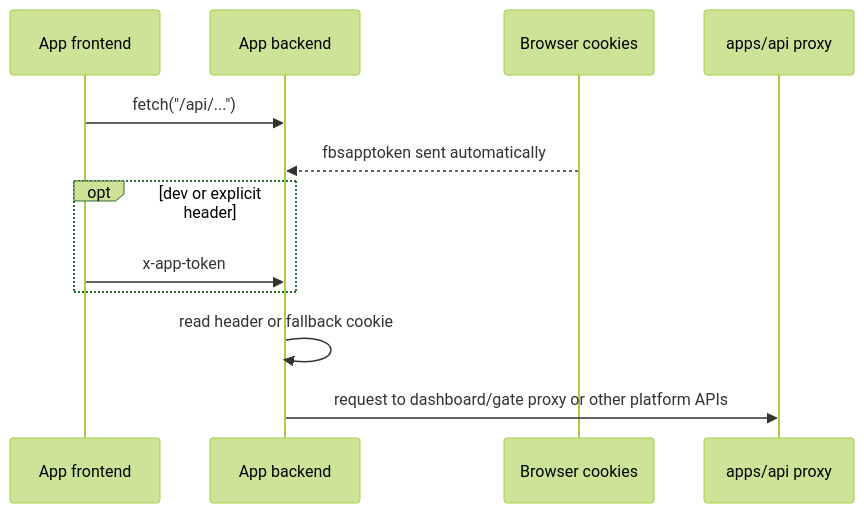
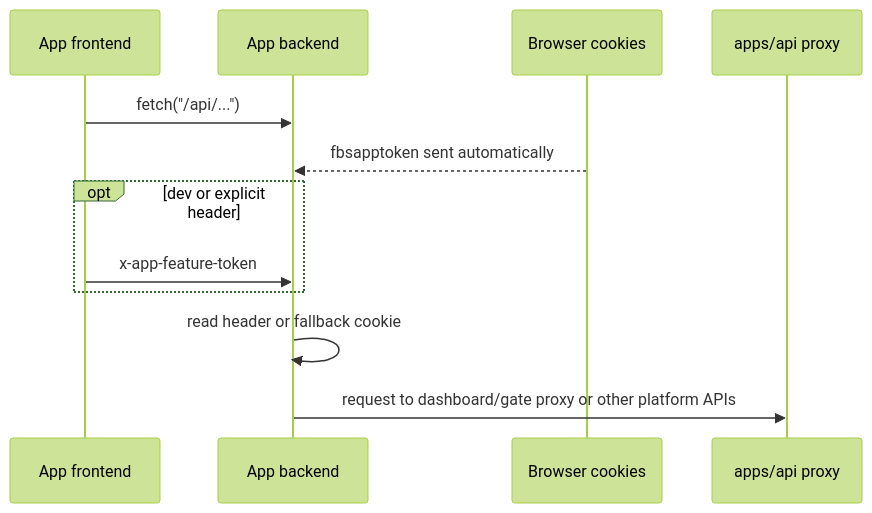
One commit to fusebase-dev/fusebase-cli changed the fifth of 6 diagrams in docs/proposals/APP-AUTH-FLOW.md. Above: the diagram before and after it, drawn with Mermaid (forest theme). The commit also changed other lines of this file and 9 other files, not shown here.

Commit message:
fix: rename x-app-token -> x-app-feature-token back

````diff
--- a/docs/proposals/APP-AUTH-FLOW.md
+++ b/docs/proposals/APP-AUTH-FLOW.md
@@ -222,15 +222,15 @@
 ```mermaid
 sequenceDiagram
   participant SPA as App frontend
   participant AppBE as App backend
   participant Cookie as Browser cookies
   participant API as apps/api proxy
 
   SPA->>AppBE: fetch("/api/...")
   Cookie-->>AppBE: fbsapptoken sent automatically
   opt dev or explicit header
-    SPA->>AppBE: x-app-token
+    SPA->>AppBE: x-app-feature-token
   end
   AppBE->>AppBE: read header or fallback cookie
   AppBE->>API: request to dashboard/gate proxy or other platform APIs
 ```
````
